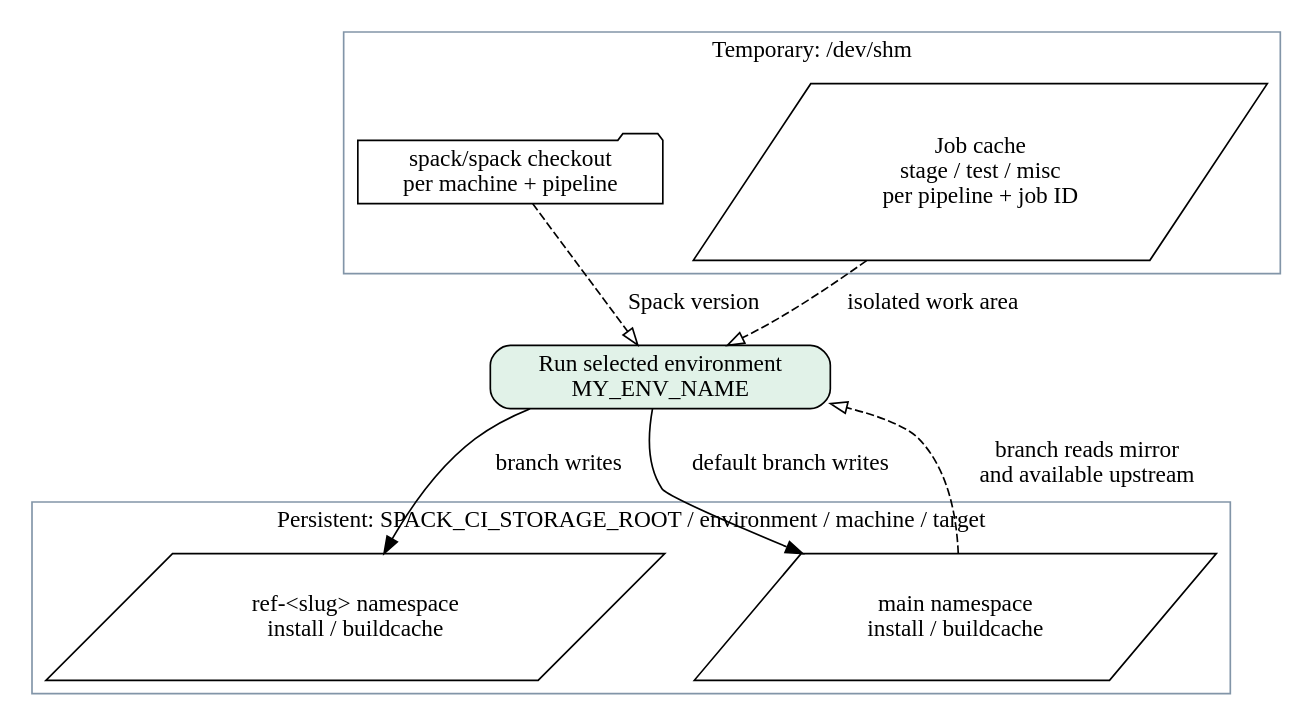
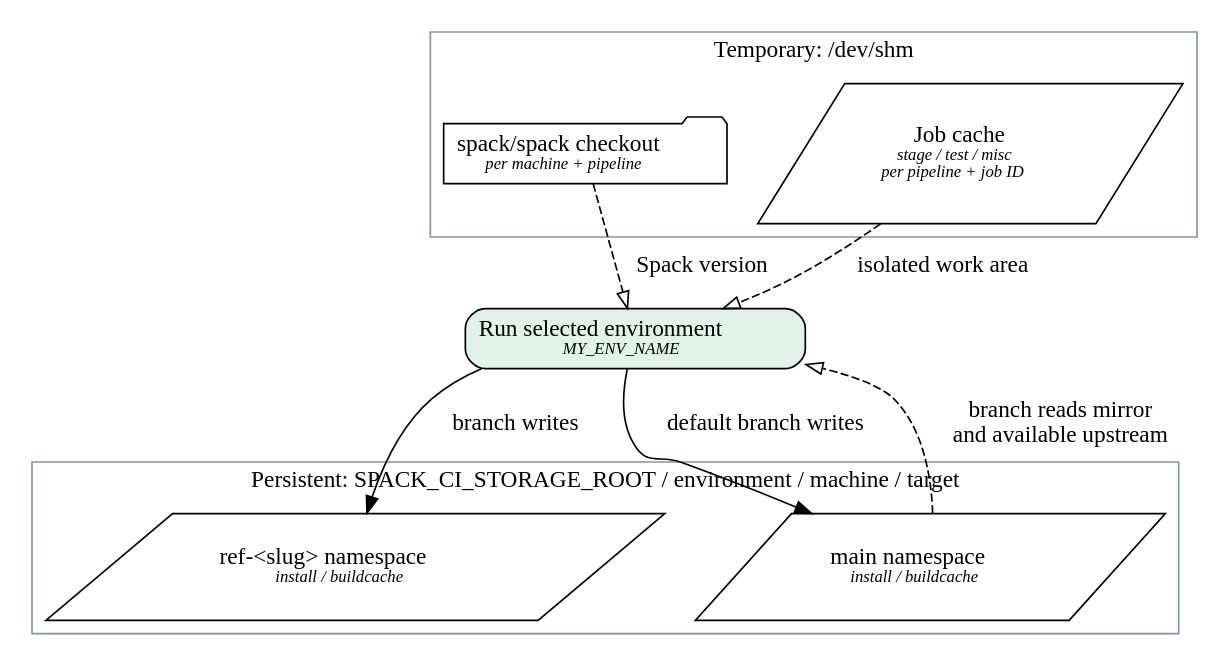
One commit to llnl/radiuss-spack-configs changed the diagram in docs/sphinx/figures/repository-storage.dot. Above: the diagram before and after it, drawn with Graphviz. The commit also changed 6 other files, not shown here.

Commit message:
docs: distinguish diagram descriptions

```diff
--- a/docs/sphinx/figures/repository-storage.dot
+++ b/docs/sphinx/figures/repository-storage.dot
@@ -1,22 +1,22 @@
 // SPDX-License-Identifier: MIT
 digraph repository_storage {
   rankdir=TB;
-  pipeline [label="Run selected environment\nMY_ENV_NAME", shape=box, style="rounded,filled", fillcolor="#e1f2e8"];
+  pipeline [label=<Run selected environment<BR/><FONT POINT-SIZE="10"><I>MY_ENV_NAME</I></FONT>>, shape=box, style="rounded,filled", fillcolor="#e1f2e8"];
   subgraph cluster_temporary {
     label="Temporary: /dev/shm";
     color="#8295a8";
-    checkout [label="spack/spack checkout\nper machine + pipeline", shape=folder, fillcolor="#e3edf7"];
-    cache [label="Job cache\nstage / test / misc\nper pipeline + job ID", shape=parallelogram, fillcolor="#dcf2f4"];
+    checkout [label=<spack/spack checkout<BR/><FONT POINT-SIZE="10"><I>per machine + pipeline</I></FONT>>, shape=folder, fillcolor="#e3edf7"];
+    cache [label=<Job cache<BR/><FONT POINT-SIZE="10"><I>stage / test / misc<BR/>per pipeline + job ID</I></FONT>>, shape=parallelogram, fillcolor="#dcf2f4"];
   }
   subgraph cluster_persistent {
     label="Persistent: SPACK_CI_STORAGE_ROOT / environment / machine / target";
     color="#8295a8";
-    main [label="main namespace\ninstall / buildcache", shape=parallelogram, fillcolor="#dcf2f4"];
-    branch [label="ref-<slug> namespace\ninstall / buildcache", shape=parallelogram, fillcolor="#dcf2f4"];
+    main [label=<main namespace<BR/><FONT POINT-SIZE="10"><I>install / buildcache</I></FONT>>, shape=parallelogram, fillcolor="#dcf2f4"];
+    branch [label=<ref-&lt;slug&gt; namespace<BR/><FONT POINT-SIZE="10"><I>install / buildcache</I></FONT>>, shape=parallelogram, fillcolor="#dcf2f4"];
   }
   checkout -> pipeline [style=dashed, arrowhead=empty, label="Spack version"];
   cache -> pipeline [style=dashed, arrowhead=empty, label="isolated work area"];
   pipeline -> branch [label="branch writes"];
   pipeline -> main [label="default branch writes"];
   main -> pipeline [style=dashed, arrowhead=empty, label="branch reads mirror\nand available upstream"];
 }
```
